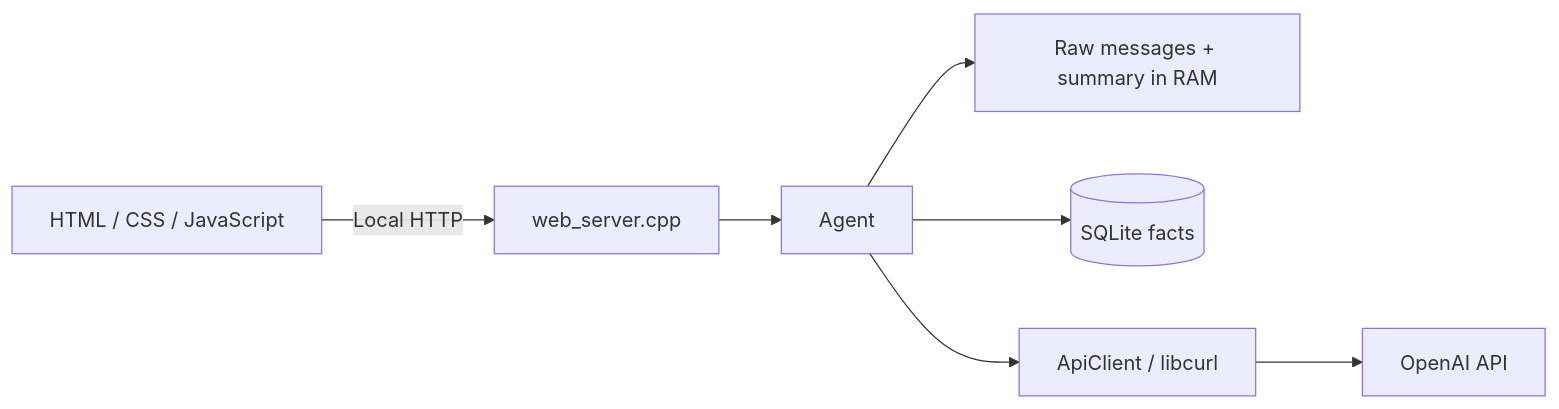
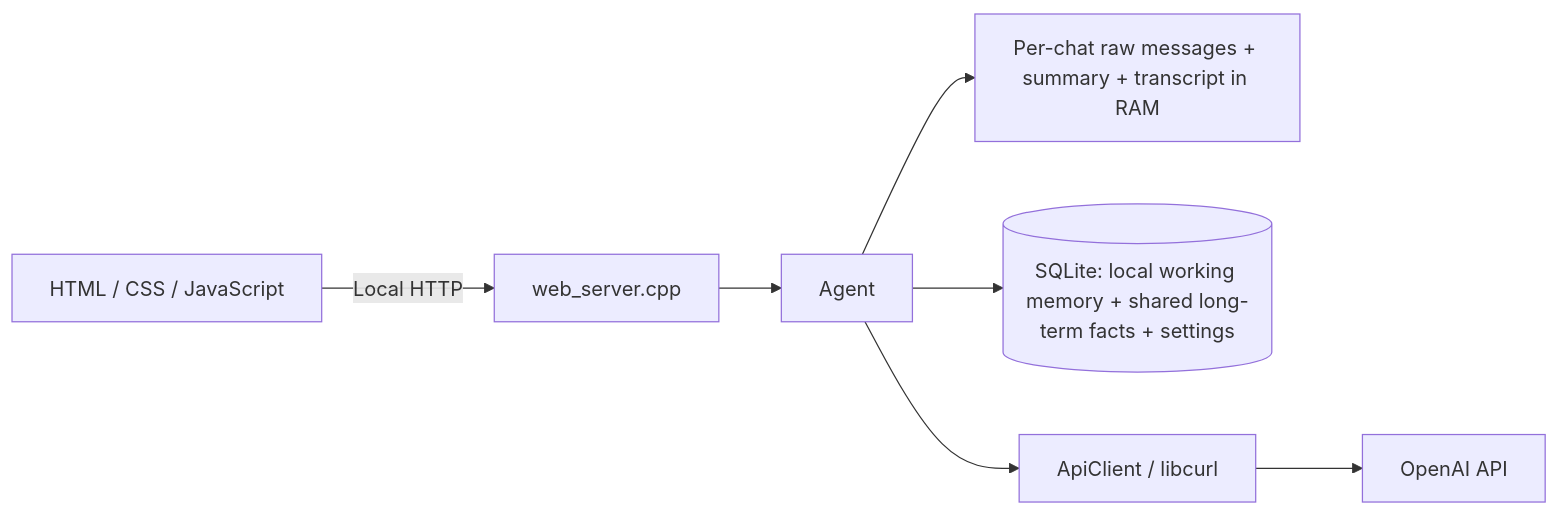
The diagram in README.md (ri-gusev/AIAgentsStart), drawn with Mermaid before and after one commit. The commit also changed other lines of this file and 12 other files, not shown here.

````diff
--- a/README.md
+++ b/README.md
@@ -20,9 +24,9 @@
 ```mermaid
 flowchart LR
     Browser[HTML / CSS / JavaScript] -->|Local HTTP| Server[web_server.cpp]
     Server --> Agent[Agent]
-    Agent --> RAM[Raw messages + summary in RAM]
-    Agent --> DB[(SQLite facts)]
+    Agent --> RAM[Per-chat raw messages + summary + transcript in RAM]
+    Agent --> DB[(SQLite: local working memory + shared long-term facts + settings)]
     Agent --> Client[ApiClient / libcurl]
     Client --> OpenAI[OpenAI API]
 ```
````
